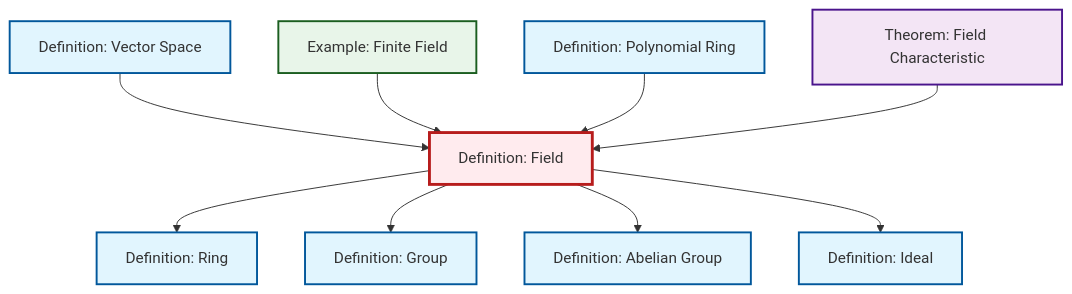
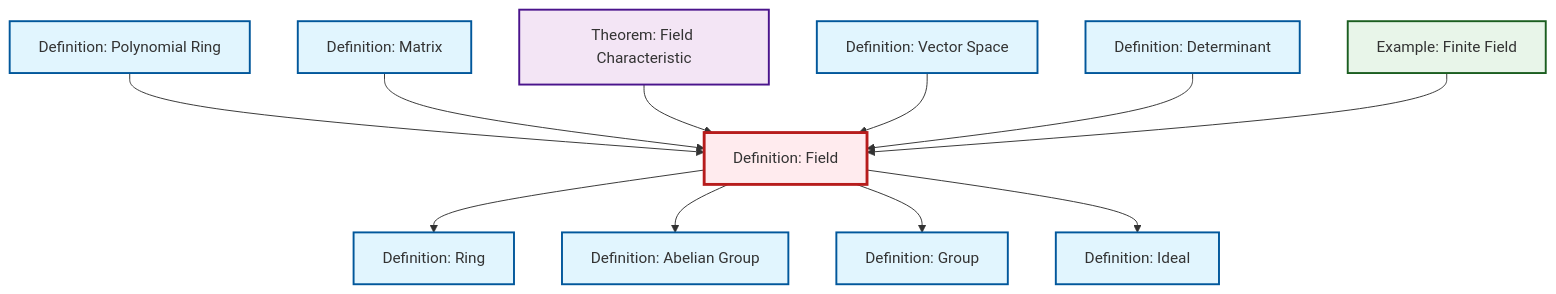
One commit to RK0429/ModernMath changed the diagram in content/en/algebra/def-field.qmd. Above: the diagram before and after it, drawn with Mermaid. The commit also changed 531 other files, not shown here.

````diff
--- a/content/en/algebra/def-field.qmd
+++ b/content/en/algebra/def-field.qmd
@@ -54,35 +54,41 @@
 ```{mermaid}
 %%| fig-cap: "Local dependency graph"
 graph TD
     classDef definition fill:#e1f5fe,stroke:#01579b,stroke-width:2px
     classDef theorem fill:#f3e5f5,stroke:#4a148c,stroke-width:2px
     classDef axiom fill:#fff3e0,stroke:#e65100,stroke-width:2px
     classDef example fill:#e8f5e9,stroke:#1b5e20,stroke-width:2px
     classDef current fill:#ffebee,stroke:#b71c1c,stroke-width:3px
+    def-ideal["Definition: Ideal"]:::definition
+    def-abelian-group["Definition: Abelian Group"]:::definition
+    ex-finite-field["Example: Finite Field"]:::example
     def-field["Definition: Field"]:::definition
-    def-ideal["Definition: Ideal"]:::definition
+    def-determinant["Definition: Determinant"]:::definition
+    def-group["Definition: Group"]:::definition
+    thm-field-characteristic["Theorem: Field Characteristic"]:::theorem
     def-vector-space["Definition: Vector Space"]:::definition
+    def-matrix["Definition: Matrix"]:::definition
     def-ring["Definition: Ring"]:::definition
-    def-group["Definition: Group"]:::definition
-    ex-finite-field["Example: Finite Field"]:::example
-    def-abelian-group["Definition: Abelian Group"]:::definition
     def-polynomial-ring["Definition: Polynomial Ring"]:::definition
-    thm-field-characteristic["Theorem: Field Characteristic"]:::theorem
+    def-field --> def-ring
+    def-polynomial-ring --> def-field
+    def-matrix --> def-field
+    thm-field-characteristic --> def-field
+    def-field --> def-abelian-group
     def-vector-space --> def-field
-    def-field --> def-ring
+    def-determinant --> def-field
+    def-field --> def-group
+    def-field --> def-ideal
     ex-finite-field --> def-field
-    def-field --> def-group
-    def-field --> def-abelian-group
-    def-polynomial-ring --> def-field
-    thm-field-characteristic --> def-field
-    def-field --> def-ideal
     class def-field current
     click def-ideal "def-ideal.html" "Go to Ideal definition"
+    click def-abelian-group "def-abelian-group.html" "Go to Abelian Group definition"
+    click ex-finite-field "ex-finite-field.html" "Go to Finite Field example"
+    click def-determinant "def-determinant.html" "Go to Determinant definition"
+    click def-group "def-group.html" "Go to Group definition"
+    click thm-field-characteristic "thm-field-characteristic.html" "Go to Field Characteristic theorem"
     click def-vector-space "def-vector-space.html" "Go to Vector Space definition"
+    click def-matrix "def-matrix.html" "Go to Matrix definition"
     click def-ring "def-ring.html" "Go to Ring definition"
-    click def-group "def-group.html" "Go to Group definition"
-    click ex-finite-field "ex-finite-field.html" "Go to Finite Field example"
-    click def-abelian-group "def-abelian-group.html" "Go to Abelian Group definition"
     click def-polynomial-ring "def-polynomial-ring.html" "Go to Polynomial Ring definition"
-    click thm-field-characteristic "thm-field-characteristic.html" "Go to Field Characteristic theorem"
 ```
````
